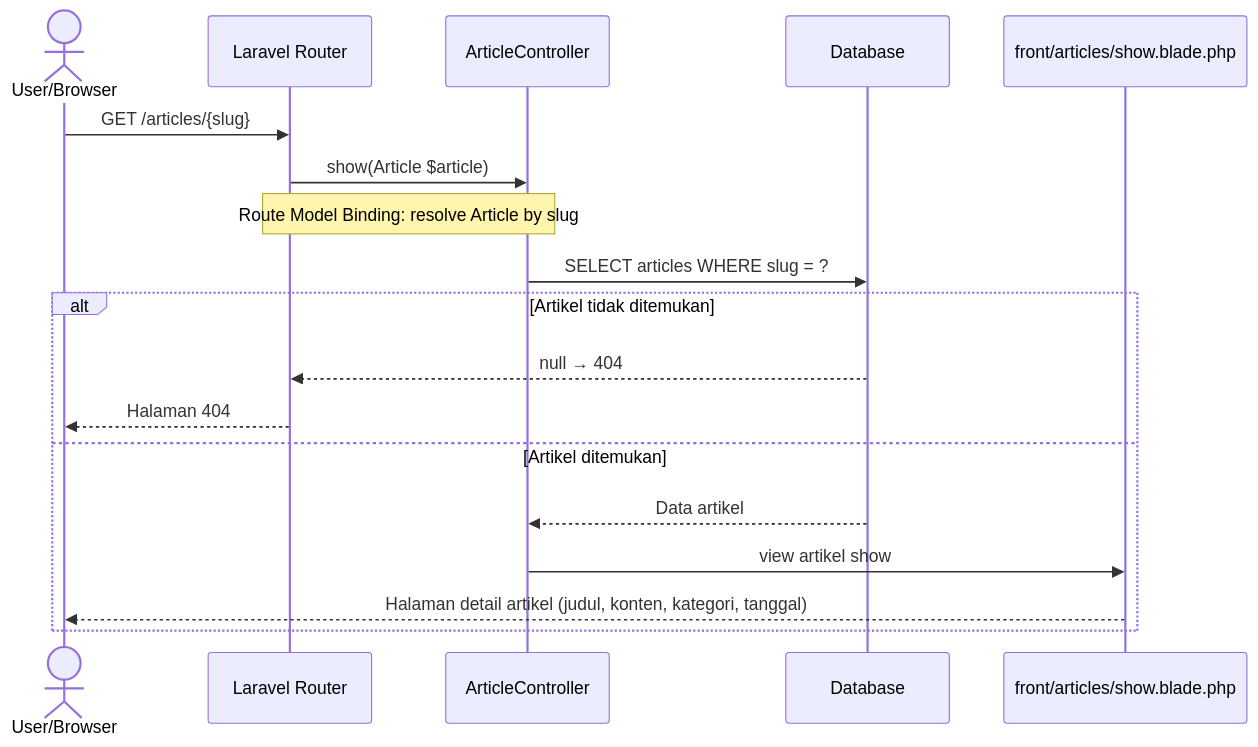
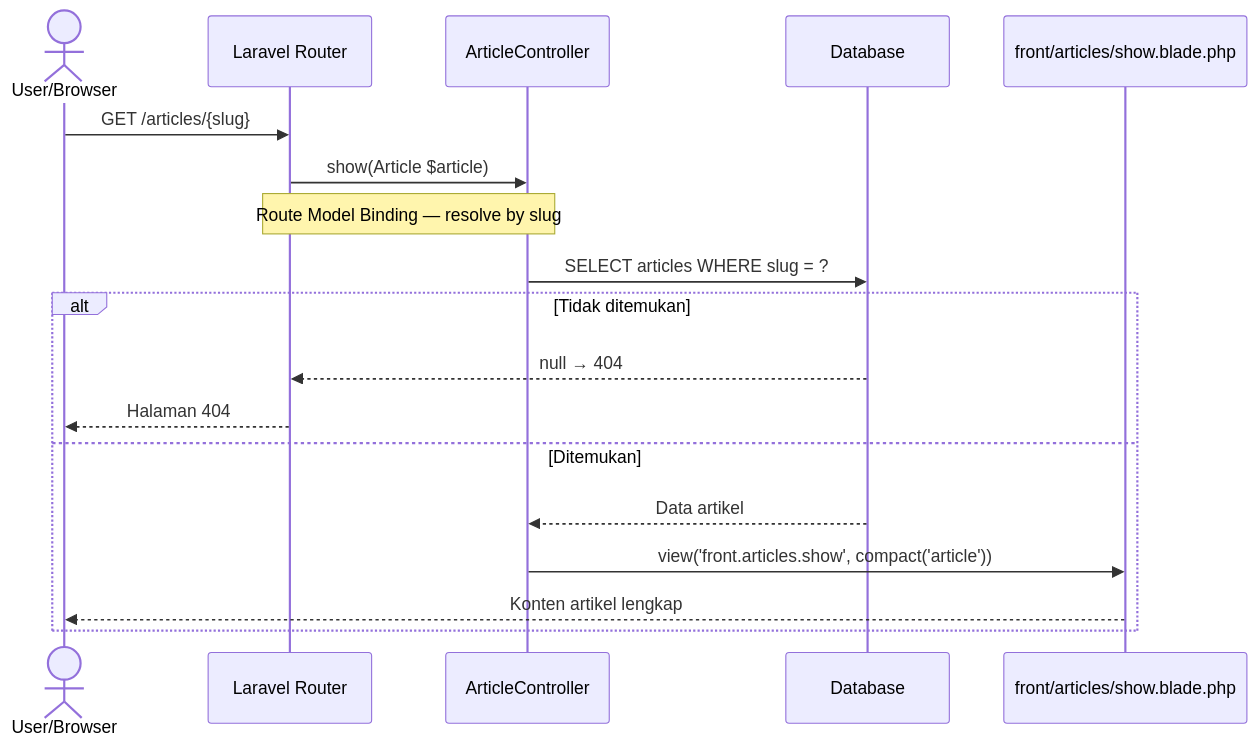
One commit to mustarisyahding07-spec/WEBSITE_SKRIPSI_MUSTARI changed the ninth of 17 diagrams in docs/SEQUENCE_DIAGRAM_DOKUMENTASI.md. Above: the diagram before and after it, drawn with Mermaid. The commit also changed other lines of this file, not shown here.

Commit message:
docs: perbarui penjelasan sequence diagram ke format paragraf akademik

````diff
--- a/docs/SEQUENCE_DIAGRAM_DOKUMENTASI.md
+++ b/docs/SEQUENCE_DIAGRAM_DOKUMENTASI.md
@@ -455,22 +392,21 @@
 ```mermaid
 sequenceDiagram
     actor User as User/Browser
     participant Router as Laravel Router
     participant AC as ArticleController
     participant DB as Database
     participant View as front/articles/show.blade.php
 
     User->>Router: GET /articles/{slug}
     Router->>AC: show(Article $article)
-    Note over Router,AC: Route Model Binding: resolve Article by slug
+    Note over Router,AC: Route Model Binding — resolve by slug
     AC->>DB: SELECT articles WHERE slug = ?
-
-    alt Artikel tidak ditemukan
+    alt Tidak ditemukan
         DB-->>Router: null → 404
         Router-->>User: Halaman 404
-    else Artikel ditemukan
+    else Ditemukan
         DB-->>AC: Data artikel
-        AC->>View: view artikel show
-        View-->>User: Halaman detail artikel (judul, konten, kategori, tanggal)
+        AC->>View: view('front.articles.show', compact('article'))
+        View-->>User: Konten artikel lengkap
     end
 ```
````
